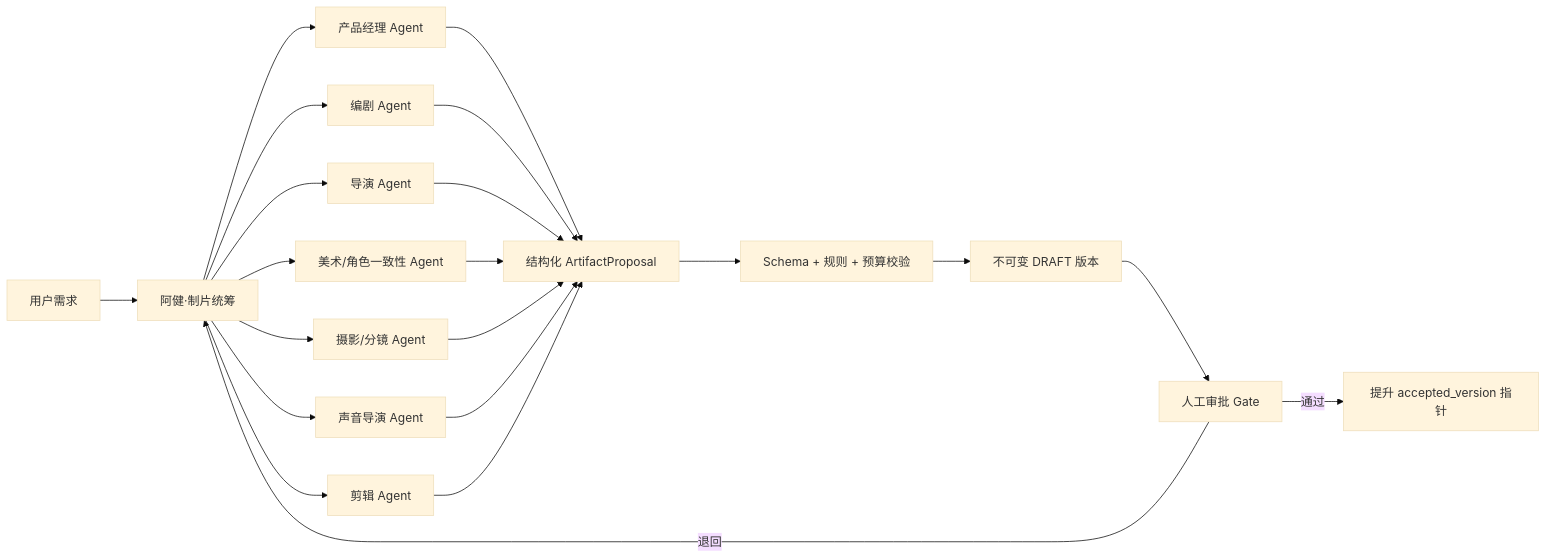
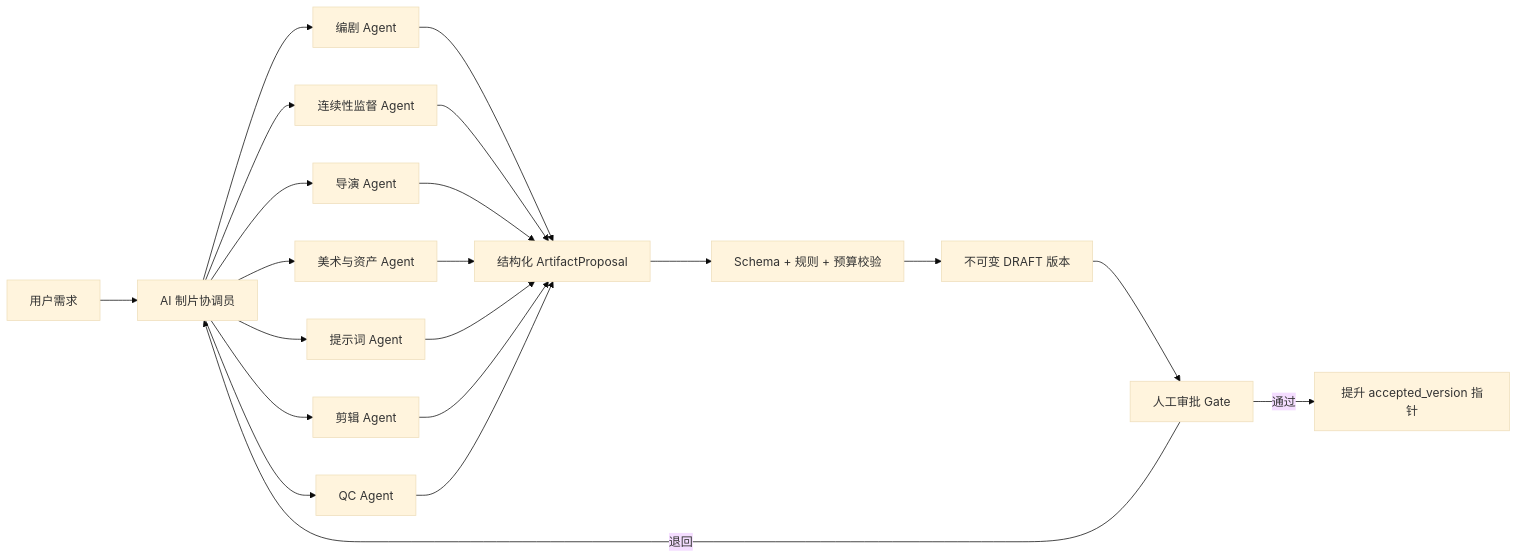
One commit to chen11-A/aijian-studio changed the diagram in docs/architecture/workflow-and-agents.md. Above: the diagram before and after it, drawn with Mermaid (base theme). The commit also changed other lines of this file and 1832 other files, not shown here.

````diff
--- a/docs/architecture/workflow-and-agents.md
+++ b/docs/architecture/workflow-and-agents.md
@@ -7,23 +11,23 @@
 ```mermaid
 flowchart LR
-  Need["用户需求"] --> Ajian["阿健·制片统筹"]
-  Ajian --> Product["产品经理 Agent"]
-  Ajian --> Writer["编剧 Agent"]
-  Ajian --> Director["导演 Agent"]
-  Ajian --> Art["美术/角色一致性 Agent"]
-  Ajian --> Camera["摄影/分镜 Agent"]
-  Ajian --> Sound["声音导演 Agent"]
-  Ajian --> Editor["剪辑 Agent"]
-  Product --> Contract["结构化 ArtifactProposal"]
-  Writer --> Contract
+  Need["用户需求"] --> Coordinator["AI 制片协调员"]
+  Coordinator --> Writer["编剧 Agent"]
+  Coordinator --> Continuity["连续性监督 Agent"]
+  Coordinator --> Director["导演 Agent"]
+  Coordinator --> Art["美术与资产 Agent"]
+  Coordinator --> Prompt["提示词 Agent"]
+  Coordinator --> Editor["剪辑 Agent"]
+  Coordinator --> QC["QC Agent"]
+  Writer --> Contract["结构化 ArtifactProposal"]
+  Continuity --> Contract
   Director --> Contract
   Art --> Contract
-  Camera --> Contract
-  Sound --> Contract
+  Prompt --> Contract
   Editor --> Contract
+  QC --> Contract
   Contract --> Validate["Schema + 规则 + 预算校验"]
   Validate --> Draft["不可变 DRAFT 版本"]
   Draft --> Gate["人工审批 Gate"]
   Gate -->|通过| Commit["提升 accepted_version 指针"]
-  Gate -->|退回| Ajian
+  Gate -->|退回| Coordinator
 ```
````
